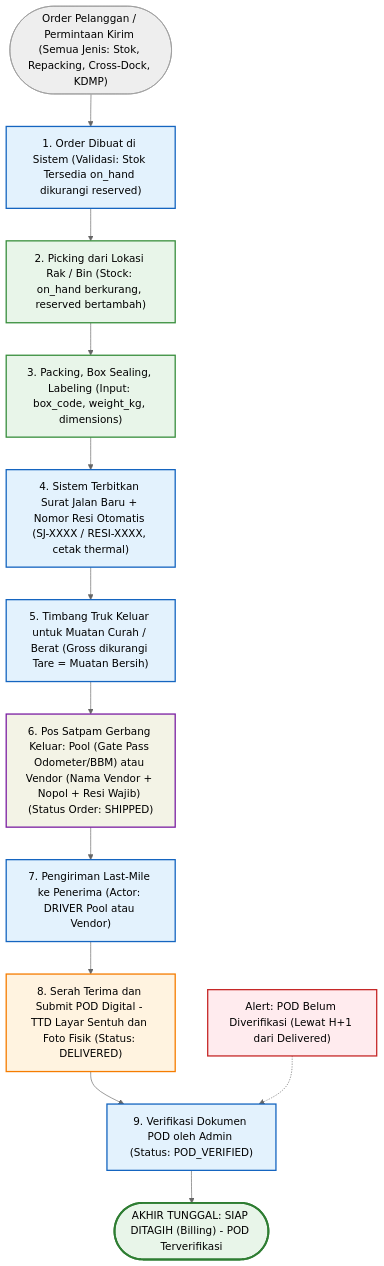
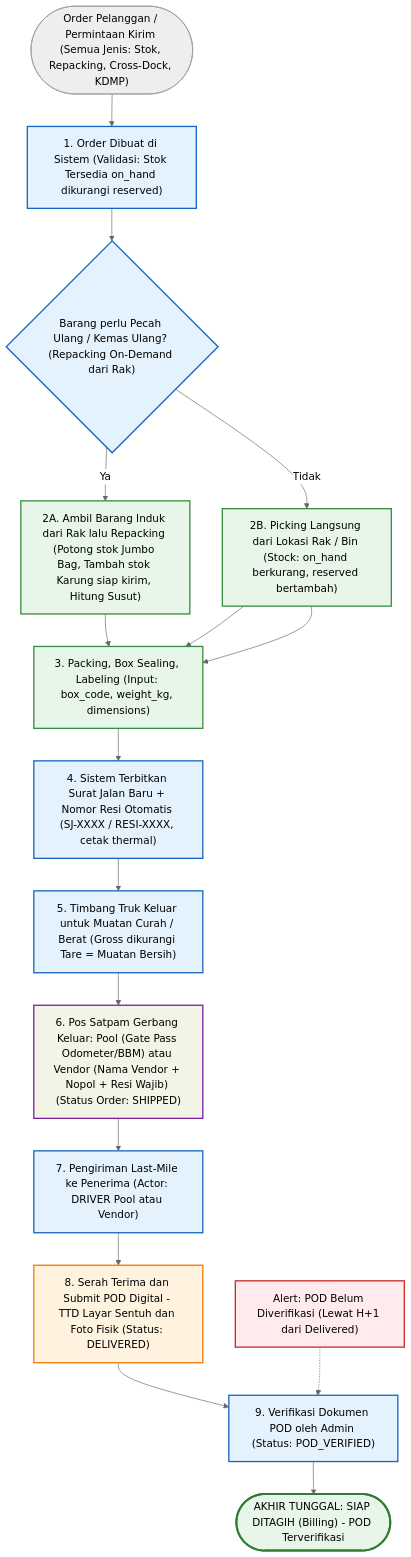
Before and after one commit to innaka-tech/wms-simple: the first of 2 diagrams in docs/06_Outbound_and_POD_Flows.md, drawn with Mermaid (neutral theme). The commit also changed other lines of this file and 10 other files, not shown here.

First line of the commit message:
docs(flow): repacking on-demand & tanpa timbang masuk (v3.1.0)

````diff
--- a/docs/06_Outbound_and_POD_Flows.md
+++ b/docs/06_Outbound_and_POD_Flows.md
@@ -22,33 +22,39 @@
 ```mermaid
 flowchart TD
     classDef action fill:#e3f2fd,stroke:#1565c0,stroke-width:2px;
     classDef staff fill:#e8f5e9,stroke:#388e3c,stroke-width:2px;
     classDef gate fill:#f3f3e5f5,stroke:#7b1fa2,stroke-width:2px;
     classDef pod fill:#fff3e0,stroke:#f57c00,stroke-width:2px;
     classDef alert fill:#ffebee,stroke:#c62828,stroke-width:2px;
     classDef waybill fill:#e3f2fd,stroke:#1565c0,stroke-width:2px;
     classDef finalNode fill:#e8f5e9,stroke:#2e7d32,stroke-width:3px;
 
     REQ(["Order Pelanggan / Permintaan Kirim (Semua Jenis: Stok, Repacking, Cross-Dock, KDMP)"]) --> STEP1["1. Order Dibuat di Sistem (Validasi: Stok Tersedia on_hand dikurangi reserved)"]:::action
 
-    STEP1 --> STEP2["2. Picking dari Lokasi Rak / Bin (Stock: on_hand berkurang, reserved bertambah)"]:::staff
+    STEP1 --> DEBULK_Q{"Barang perlu Pecah Ulang / Kemas Ulang? (Repacking On-Demand dari Rak)"}:::action
+
+    DEBULK_Q -->|Ya| REPICK["2A. Ambil Barang Induk dari Rak lalu Repacking (Potong stok Jumbo Bag, Tambah stok Karung siap kirim, Hitung Susut)"]:::staff
+    DEBULK_Q -->|Tidak| STEP2["2B. Picking Langsung dari Lokasi Rak / Bin (Stock: on_hand berkurang, reserved bertambah)"]:::staff
+
+    REPICK --> STEP3
+    STEP2 --> STEP3["3. Packing, Box Sealing, Labeling (Input: box_code, weight_kg, dimensions)"]:::staff
 
     STEP2 --> STEP3["3. Packing, Box Sealing, Labeling (Input: box_code, weight_kg, dimensions)"]:::staff
 
     STEP3 --> STEP4["4. Sistem Terbitkan Surat Jalan Baru + Nomor Resi Otomatis (SJ-XXXX / RESI-XXXX, cetak thermal)"]:::waybill
 
     STEP4 --> WB_OUT["5. Timbang Truk Keluar untuk Muatan Curah / Berat (Gross dikurangi Tare = Muatan Bersih)"]:::action
 
     WB_OUT --> STEP6["6. Pos Satpam Gerbang Keluar: Pool (Gate Pass Odometer/BBM) atau Vendor (Nama Vendor + Nopol + Resi Wajib) (Status Order: SHIPPED)"]:::gate
 
     STEP6 --> STEP7["7. Pengiriman Last-Mile ke Penerima (Actor: DRIVER Pool atau Vendor)"]:::action
 
     STEP7 --> STEP8["8. Serah Terima dan Submit POD Digital - TTD Layar Sentuh dan Foto Fisik (Status: DELIVERED)"]:::pod
 
     STEP8 --> STEP9["9. Verifikasi Dokumen POD oleh Admin (Status: POD_VERIFIED)"]:::action
 
     STEP9 --> COMPLETED(["AKHIR TUNGGAL: SIAP DITAGIH (Billing) - POD Terverifikasi"]):::finalNode
 
     %% SLA Alert
     ALERT_SLA["Alert: POD Belum Diverifikasi (Lewat H+1 dari Delivered)"]:::alert -.-> STEP9
 ```
````
